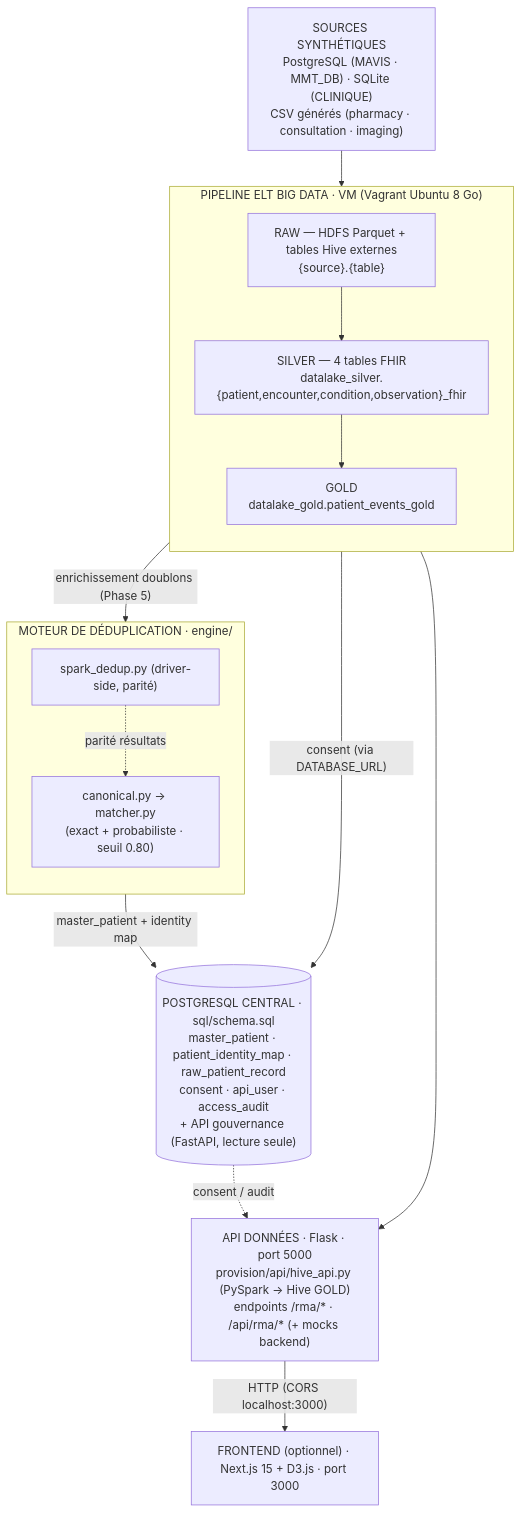
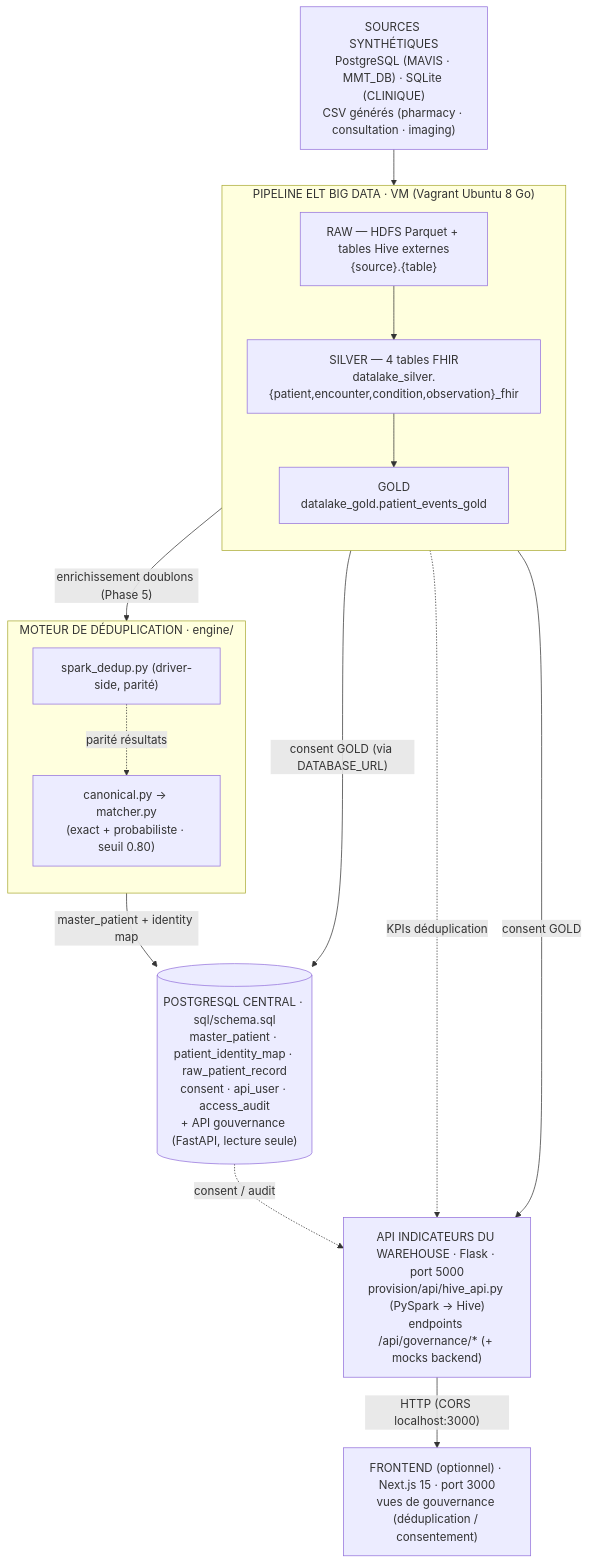
The first of 2 diagrams in documents/documentation/architecture.md (Alphamanjaka/test-big-data), drawn with Mermaid before and after one commit. The commit also changed 65 other files, not shown here.

Commit message:
Retrait du RMA : front recentre (synthese/doublons/gouvernance), API gouvernance seule 3/3, docs et memoire alignes

````diff
--- a/documents/documentation/architecture.md
+++ b/documents/documentation/architecture.md
@@ -12,33 +12,34 @@
 ```mermaid
 flowchart TB
     SRC["SOURCES SYNTHÉTIQUES<br/>PostgreSQL (MAVIS · MMT_DB) · SQLite (CLINIQUE)<br/>CSV générés (pharmacy · consultation · imaging)"]
 
     subgraph VM["PIPELINE ELT BIG DATA · VM (Vagrant Ubuntu 8 Go)"]
         direction TB
         RAW["RAW — HDFS Parquet + tables Hive externes<br/>{source}.{table}"]
         SIL["SILVER — 4 tables FHIR<br/>datalake_silver.{patient,encounter,condition,observation}_fhir"]
         GOLD["GOLD<br/>datalake_gold.patient_events_gold"]
         RAW --> SIL --> GOLD
     end
 
     subgraph ENG["MOTEUR DE DÉDUPLICATION · engine/"]
         direction TB
         CAN["canonical.py → matcher.py<br/>(exact + probabiliste · seuil 0.80)"]
         SPK["spark_dedup.py (driver-side, parité)"]
     end
 
     PG[("POSTGRESQL CENTRAL · sql/schema.sql<br/>master_patient · patient_identity_map · raw_patient_record<br/>consent · api_user · access_audit<br/>+ API gouvernance (FastAPI, lecture seule)")]
 
-    API["API DONNÉES · Flask · port 5000<br/>provision/api/hive_api.py (PySpark → Hive GOLD)<br/>endpoints /rma/* · /api/rma/* (+ mocks backend)"]
-    FRONT["FRONTEND (optionnel) · Next.js 15 + D3.js · port 3000"]
+    API["API INDICATEURS DU WAREHOUSE · Flask · port 5000<br/>provision/api/hive_api.py (PySpark → Hive)<br/>endpoints /api/governance/* (+ mocks backend)"]
+    FRONT["FRONTEND (optionnel) · Next.js 15 · port 3000<br/>vues de gouvernance (déduplication / consentement)"]
 
     SRC --> RAW
     SIL -->|"enrichissement doublons (Phase 5)"| CAN
     CAN -->|"master_patient + identity map"| PG
-    GOLD -->|"consent (via DATABASE_URL)"| PG
-    GOLD --> API
+    GOLD -->|"consent GOLD (via DATABASE_URL)"| PG
+    SIL -.->|"KPIs déduplication"| API
+    GOLD -->|"consent GOLD"| API
     PG -.->|"consent / audit"| API
     API -->|"HTTP (CORS localhost:3000)"| FRONT
 
     SPK -.->|"parité résultats"| CAN
 ```
````
